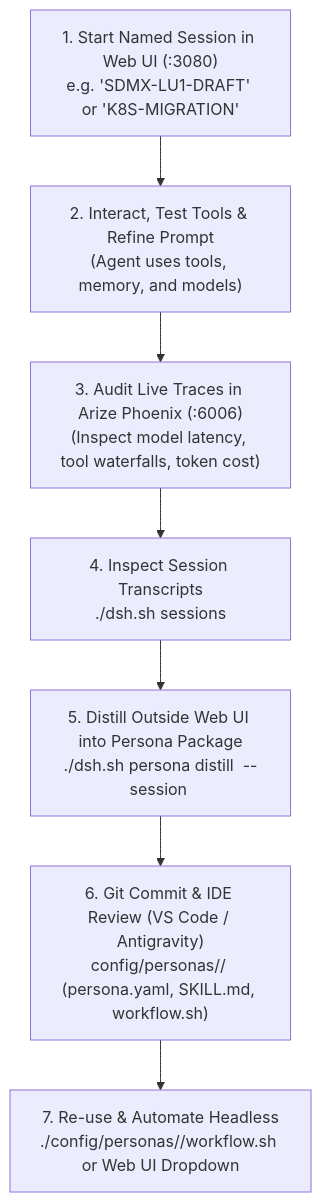
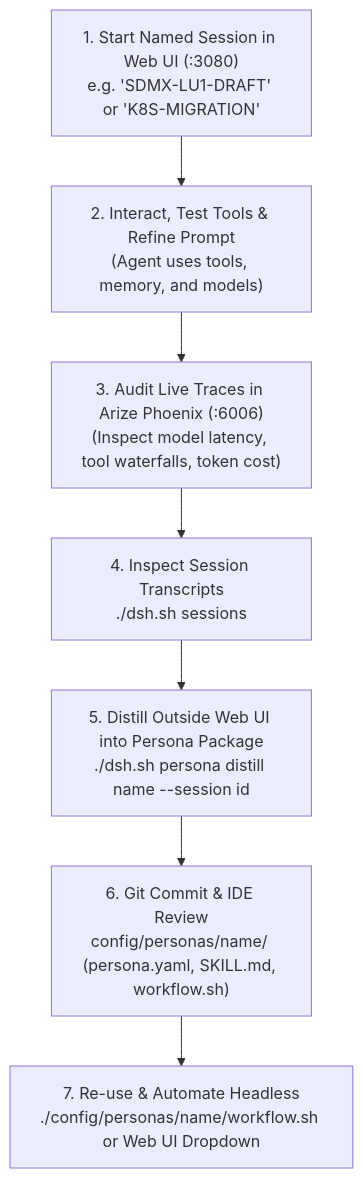
One commit to hdjebar/DSH-DDS changed the fifth of 5 diagrams in docs/personas.md. Above: the diagram before and after it, drawn with Mermaid. The commit also changed other lines of this file and 20 other files, not shown here.

Commit message:
fix(docs): fix sdmx-expert manifest, add normative persona schema, trust boundaries, rigorous citations, and unify 6-layer architecture

````diff
--- a/docs/personas.md
+++ b/docs/personas.md
@@ -284,9 +396,9 @@
 ```mermaid
 flowchart TD
-    START["1. Start Named Session in Web UI (:3080)\ne.g. 'SDMX-LU1-DRAFT' or 'K8S-MIGRATION'"] --> RUN["2. Interact, Test Tools & Refine Prompt\n(Agent uses tools, memory, and models)"]
-    RUN --> OTEL["3. Audit Live Traces in Arize Phoenix (:6006)\n(Inspect model latency, tool waterfalls, token cost)"]
-    OTEL --> LIST["4. Inspect Session Transcripts\n./dsh.sh sessions"]
-    LIST --> DISTILL["5. Distill Outside Web UI into Persona Package\n./dsh.sh persona distill <name> --session <id>"]
-    DISTILL --> GIT["6. Git Commit & IDE Review (VS Code / Antigravity)\nconfig/personas/<name>/ (persona.yaml, SKILL.md, workflow.sh)"]
-    GIT --> AUTO["7. Re-use & Automate Headless\n./config/personas/<name>/workflow.sh or Web UI Dropdown"]
+    START["1. Start Named Session in Web UI (:3080)<br/>e.g. 'SDMX-LU1-DRAFT' or 'K8S-MIGRATION'"] --> RUN["2. Interact, Test Tools & Refine Prompt<br/>(Agent uses tools, memory, and models)"]
+    RUN --> OTEL["3. Audit Live Traces in Arize Phoenix (:6006)<br/>(Inspect model latency, tool waterfalls, token cost)"]
+    OTEL --> LIST["4. Inspect Session Transcripts<br/>./dsh.sh sessions"]
+    LIST --> DISTILL["5. Distill Outside Web UI into Persona Package<br/>./dsh.sh persona distill name --session id"]
+    DISTILL --> GIT["6. Git Commit & IDE Review<br/>config/personas/name/ (persona.yaml, SKILL.md, workflow.sh)"]
+    GIT --> AUTO["7. Re-use & Automate Headless<br/>./config/personas/name/workflow.sh or Web UI Dropdown"]
 ```
````
